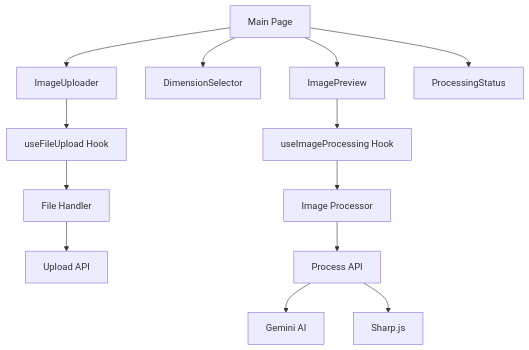
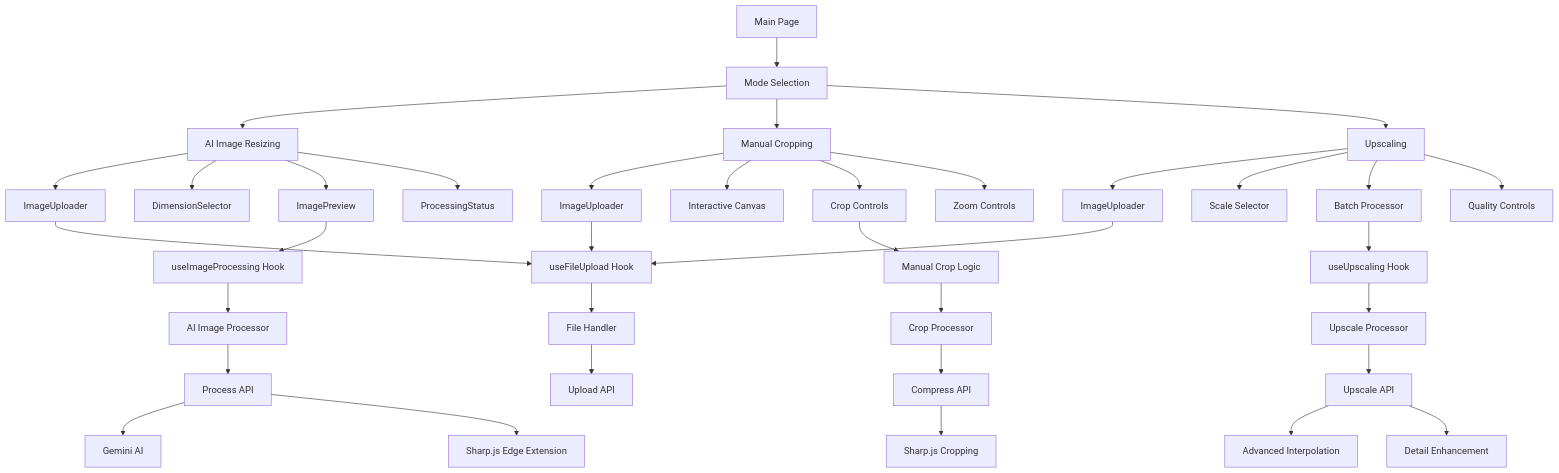
The diagram in README.md (varunbv25/AI-image-resizer), drawn with Mermaid before and after one commit. The commit also changed other lines of this file and 18 other files, not shown here.

````diff
--- a/README.md
+++ b/README.md
@@ -293,19 +468,46 @@
 ```mermaid
 graph TD
-    A[Main Page] --> B[ImageUploader]
-    A --> C[DimensionSelector]
-    A --> D[ImagePreview]
-    A --> E[ProcessingStatus]
+    A[Main Page] --> B[Mode Selection]
+    B --> C[AI Image Resizing]
+    B --> D[Manual Cropping]
+    B --> E[Upscaling]
 
-    B --> F[useFileUpload Hook]
-    D --> G[useImageProcessing Hook]
+    C --> F[ImageUploader]
+    C --> G[DimensionSelector]
+    C --> H[ImagePreview]
+    C --> I[ProcessingStatus]
 
-    F --> H[File Handler]
-    G --> I[Image Processor]
+    D --> J[ImageUploader]
+    D --> K[Interactive Canvas]
+    D --> L[Crop Controls]
+    D --> M[Zoom Controls]
 
-    H --> J[Upload API]
-    I --> K[Process API]
+    E --> N[ImageUploader]
+    E --> O[Scale Selector]
+    E --> P[Batch Processor]
+    E --> Q[Quality Controls]
 
-    K --> L[Gemini AI]
-    K --> M[Sharp.js]
+    F --> R[useFileUpload Hook]
+    J --> R
+    N --> R
+
+    H --> S[useImageProcessing Hook]
+    L --> T[Manual Crop Logic]
+    P --> U[useUpscaling Hook]
+
+    R --> V[File Handler]
+    S --> W[AI Image Processor]
+    T --> X[Crop Processor]
+    U --> Y[Upscale Processor]
+
+    V --> Z[Upload API]
+    W --> AA[Process API]
+    X --> BB[Compress API]
+    Y --> CC[Upscale API]
+
+    AA --> DD[Gemini AI]
+    AA --> EE[Sharp.js Edge Extension]
+    BB --> FF[Sharp.js Cropping]
+    CC --> GG[Advanced Interpolation]
+    CC --> HH[Detail Enhancement]
 ```
````
